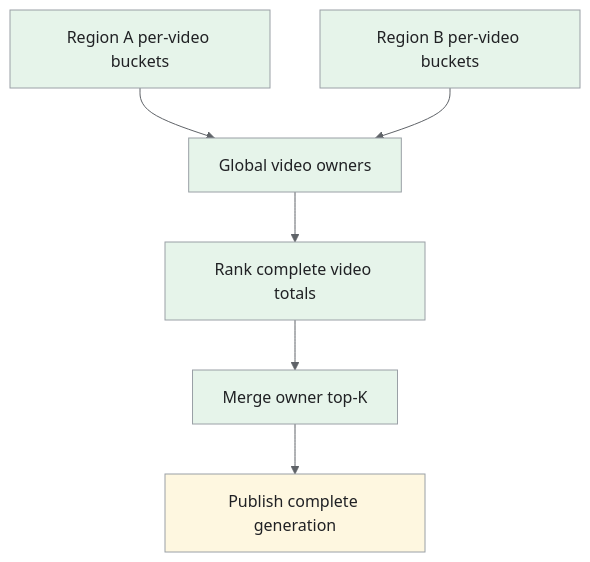
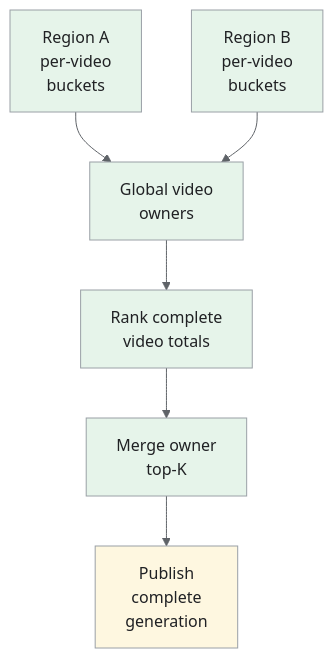
The fifth of 5 diagrams in _designs/system-design-youtube.md (iliazlobin/iliazlobin.github.io), drawn with Mermaid before and after one commit. The commit also changed other lines of this file and 116 other files, not shown here.

````diff
--- a/_designs/system-design-youtube.md
+++ b/_designs/system-design-youtube.md
@@ -332,15 +370,15 @@
 ```mermaid
-%%{init: {'theme':'base','themeVariables':{'primaryColor':'#e8f0fe','primaryTextColor':'#202124','primaryBorderColor':'#9aa0a6','lineColor':'#5f6368','secondaryColor':'#e6f4ea','tertiaryColor':'#fef7e0','actorBkg':'#e8f0fe','actorBorder':'#9aa0a6','actorTextColor':'#202124','noteBkgColor':'#fef7e0','noteTextColor':'#202124','noteBorderColor':'#9aa0a6','signalColor':'#5f6368','signalTextColor':'#202124','labelBoxBkgColor':'#fef7e0','labelBoxBorderColor':'#9aa0a6'}}}%%
+%%{init: {"theme":"base","themeVariables":{"primaryColor":"#e8f0fe","primaryBorderColor":"#9aa0a6","primaryTextColor":"#202124","secondaryColor":"#e6f4ea","tertiaryColor":"#fef7e0","lineColor":"#5f6368","actorBkg":"#e8f0fe","actorBorder":"#9aa0a6","actorTextColor":"#202124","noteBkgColor":"#fef7e0","noteBorderColor":"#9aa0a6","noteTextColor":"#202124","signalColor":"#5f6368","signalTextColor":"#202124"}}}%%
 flowchart TB
-  A["Region A per-video buckets"] --> O["Global video owners"]
-  B["Region B per-video buckets"] --> O
-  O --> L["Rank complete video totals"]
-  L --> G["Merge owner top-K"]
-  G --> P["Publish complete generation"]
+  A["Region A<br>per-video<br>buckets"] --> O["Global video<br>owners"]
+  B["Region B<br>per-video<br>buckets"] --> O
+  O --> L["Rank complete<br>video totals"]
+  L --> G["Merge owner<br>top-K"]
+  G --> P["Publish<br>complete<br>generation"]
 classDef request fill:#e8f0fe,stroke:#9aa0a6,color:#202124;
 classDef data fill:#e6f4ea,stroke:#9aa0a6,color:#202124;
 classDef control fill:#fef7e0,stroke:#9aa0a6,color:#202124;
 class A,B,O,L,G data;
 class P control;
 
 ```
````
